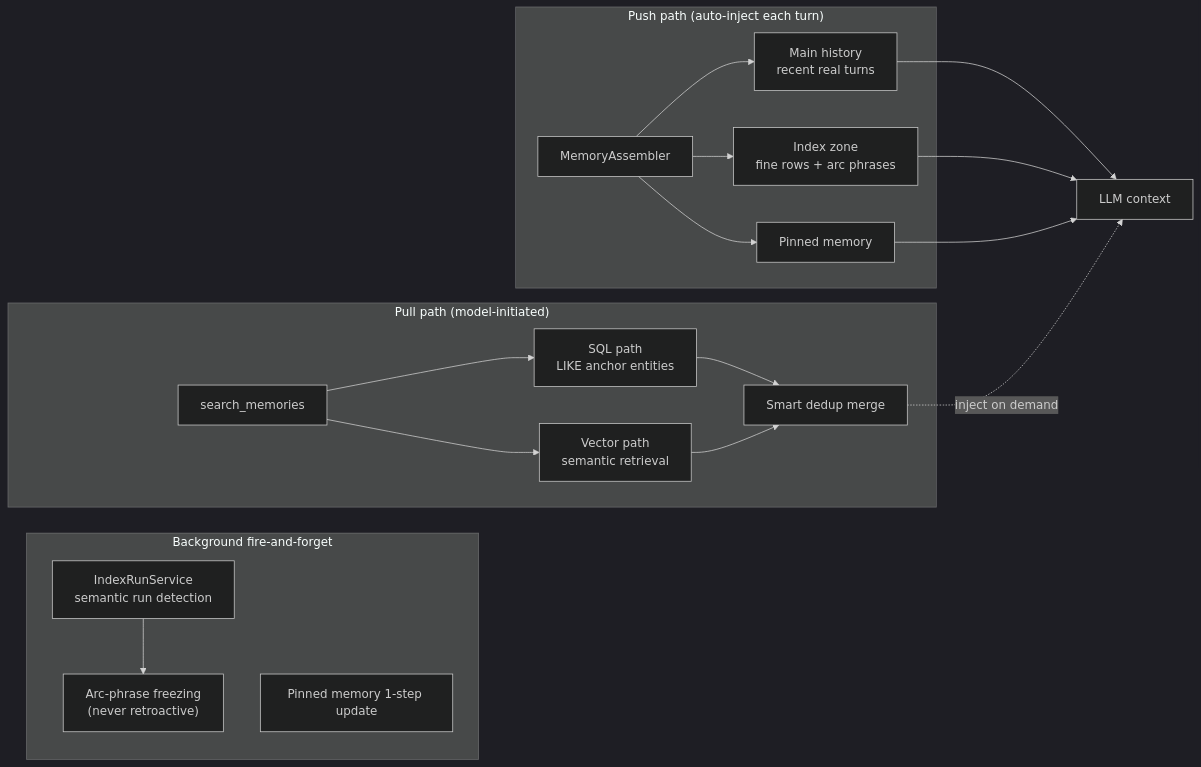
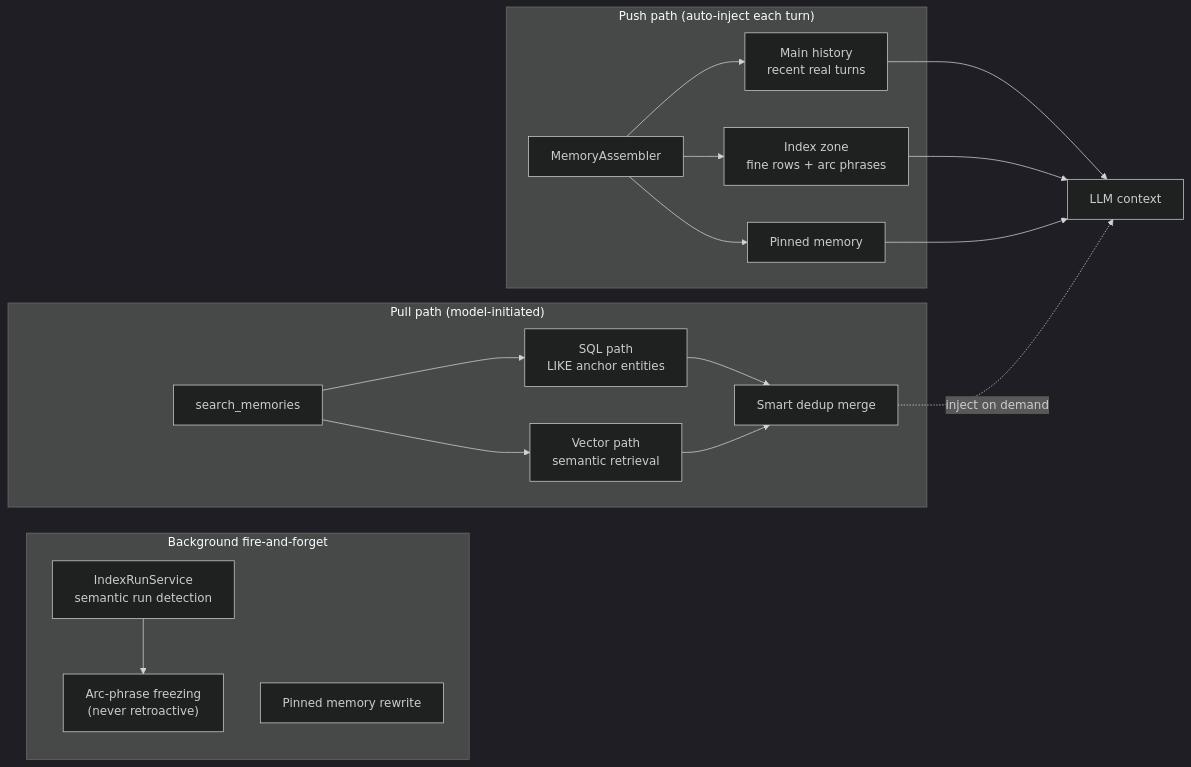
Before and after one commit to ttbj2023/assistant-public: the diagram in README_EN.md, drawn with Mermaid (dark theme). The commit also changed other lines of this file and 137 other files, not shown here.

````diff
--- a/README_EN.md
+++ b/README_EN.md
@@ -83,25 +83,25 @@
 ```mermaid
 flowchart LR
     subgraph Push["Push path (auto-inject each turn)"]
         A["MemoryAssembler"] --> B["Main history<br/>recent real turns"]
         A --> C["Index zone<br/>fine rows + arc phrases"]
         A --> D["Pinned memory"]
     end
 
     subgraph BG["Background fire-and-forget"]
         E["IndexRunService<br/>semantic run detection"] --> F["Arc-phrase freezing<br/>(never retroactive)"]
-        G["Pinned memory 1-step update"]
+        G["Pinned memory rewrite"]
     end
 
     subgraph Pull["Pull path (model-initiated)"]
         H["search_memories"] --> I["SQL path<br/>LIKE anchor entities"]
         H --> J["Vector path<br/>semantic retrieval"]
         I --> K["Smart dedup merge"]
         J --> K
     end
 
     B --> L["LLM context"]
     C --> L
     D --> L
     K -.->|inject on demand| L
 ```
````
